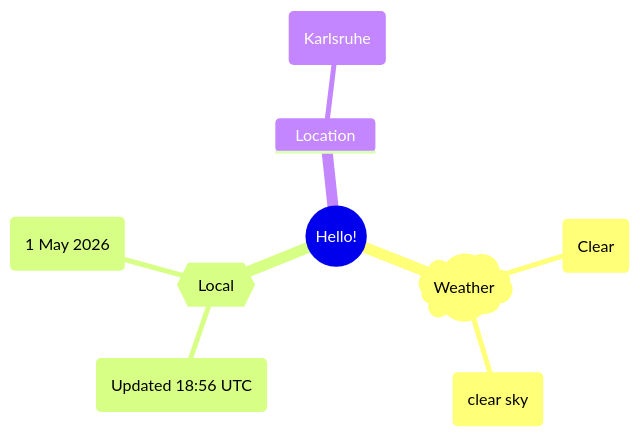
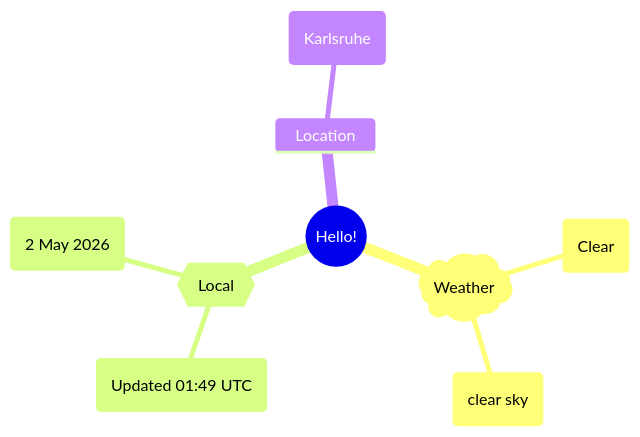
The first of 2 diagrams in README.md (Xosrov/Xosrov), drawn with Mermaid before and after one commit.

Commit message:
[bot] updated images

````diff
--- a/README.md
+++ b/README.md
@@ -3,12 +3,12 @@
 ```mermaid
 mindmap
   root((Hello!))
     )Weather(
         (Clear)
         (clear sky)
     {{Local}}
-        (Updated 18:56 UTC)
-        (1 May 2026)
+        (Updated 01:49 UTC)
+        (2 May 2026)
     Location
         (Karlsruhe)
 ```
````
